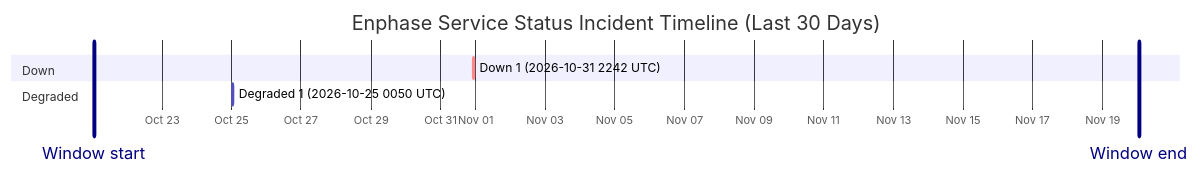
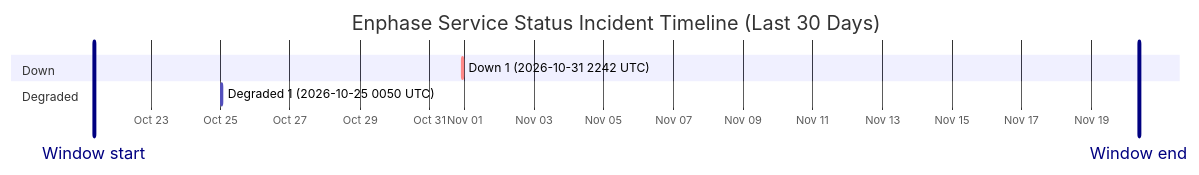
One commit to barneyonline/ha-enphase-energy changed the diagram in wiki/Service-Status-History.md. Above: the diagram before and after it, drawn with Mermaid. The commit also changed other lines of this file and 3 other files, not shown here.

````diff
--- a/wiki/Service-Status-History.md
+++ b/wiki/Service-Status-History.md
@@ -14,12 +14,12 @@
 ```mermaid
 gantt
     title Enphase Service Status Incident Timeline (Last 30 Days)
     dateFormat  YYYY-MM-DDTHH:mm:ss
     axisFormat  %b %d
-    Window start :vert, window-start, 2026-10-21T01:22:51, 0ms
-    Window end :vert, window-end, 2026-11-20T01:22:51, 0ms
+    Window start :vert, window-start, 2026-10-21T08:52:50, 0ms
+    Window end :vert, window-end, 2026-11-20T08:52:50, 0ms
     section Down
     Down 1 (2026-10-31 2242 UTC) :crit, down-1, 2026-10-31T22:42:18, 60m
     section Degraded
     Degraded 1 (2026-10-25 0050 UTC) :active, degraded-1, 2026-10-25T00:50:01, 60m
 ```
````
